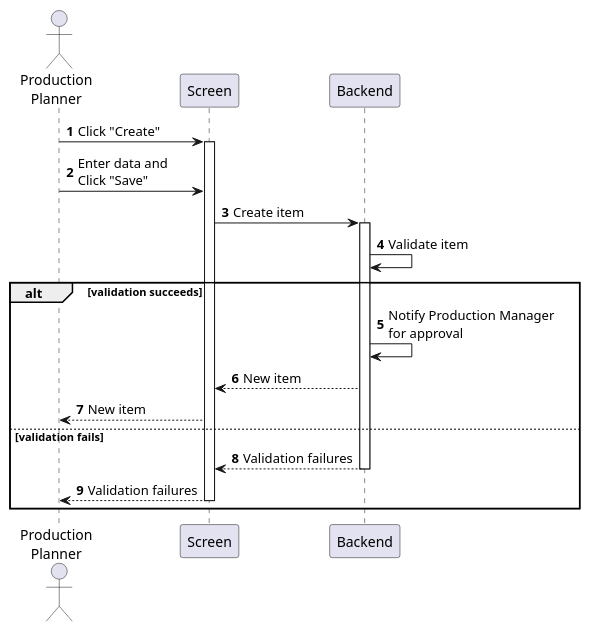
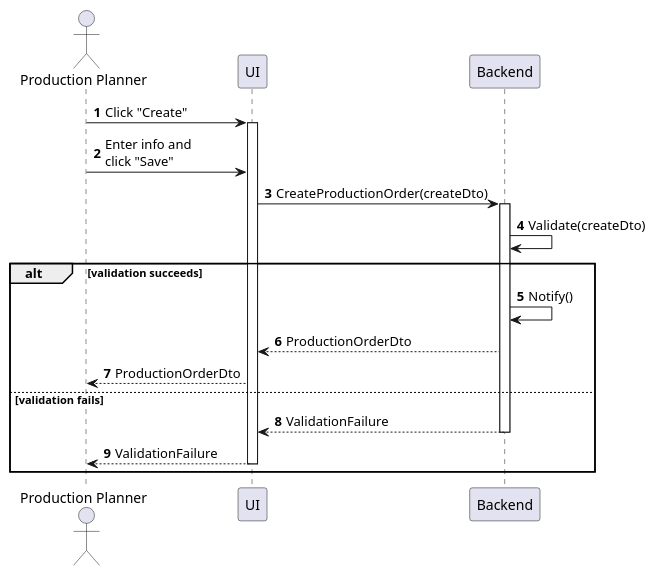
Before and after one commit to phihungha/scmss-reqs: the diagram in sequences/production-order-create.plantuml, drawn with PlantUML. The commit also changed 9 other files, not shown here.

Commit message:
Add production sequences

```diff
--- a/sequences/production-order-create.plantuml
+++ b/sequences/production-order-create.plantuml
@@ -1,23 +1,23 @@
 @startuml production-order-create
 autonumber
 
-actor "Production\nPlanner" as a
-participant Screen as f
+actor "Production Planner" as a
+participant UI as f
 participant Backend as b
 
 a -> f : Click "Create"
 activate f
-a -> f : Enter data and\nClick "Save"
-f -> b : Create item
+a -> f : Enter info and\nclick "Save"
+f -> b : CreateProductionOrder(createDto)
 activate b
-b -> b : Validate item
+b -> b : Validate(createDto)
 
 alt validation succeeds
-    b -> b : Notify Production Manager \nfor approval
-    b --> f : New item
-    f --> a : New item
+    b -> b : Notify()
+    b --> f : ProductionOrderDto
+    f --> a : ProductionOrderDto
 else validation fails
-    return Validation failures
-    return Validation failures
+    return ValidationFailure
+    return ValidationFailure
 end
 @enduml
```
